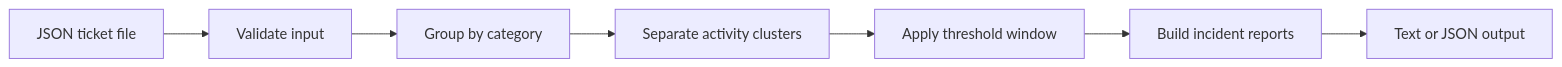
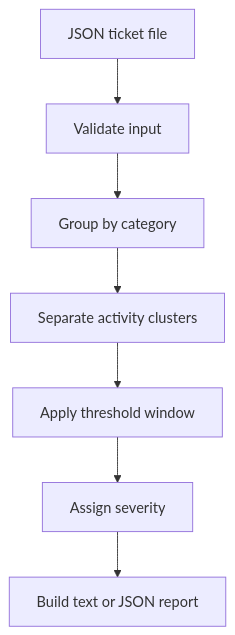
The diagram in README.md (kay-freeman/incident-signal), drawn with Mermaid before and after one commit. The commit also changed other lines of this file and 7 other files, not shown here.

Commit message:
Add explainable incident severity scoring

````diff
--- a/README.md
+++ b/README.md
@@ -24,9 +26,9 @@
 ```mermaid
-flowchart LR
+flowchart TD
     A[JSON ticket file] --> B[Validate input]
     B --> C[Group by category]
     C --> D[Separate activity clusters]
     D --> E[Apply threshold window]
-    E --> F[Build incident reports]
-    F --> G[Text or JSON output]
+    E --> F[Assign severity]
+    F --> G[Build text or JSON report]
 ```
````
